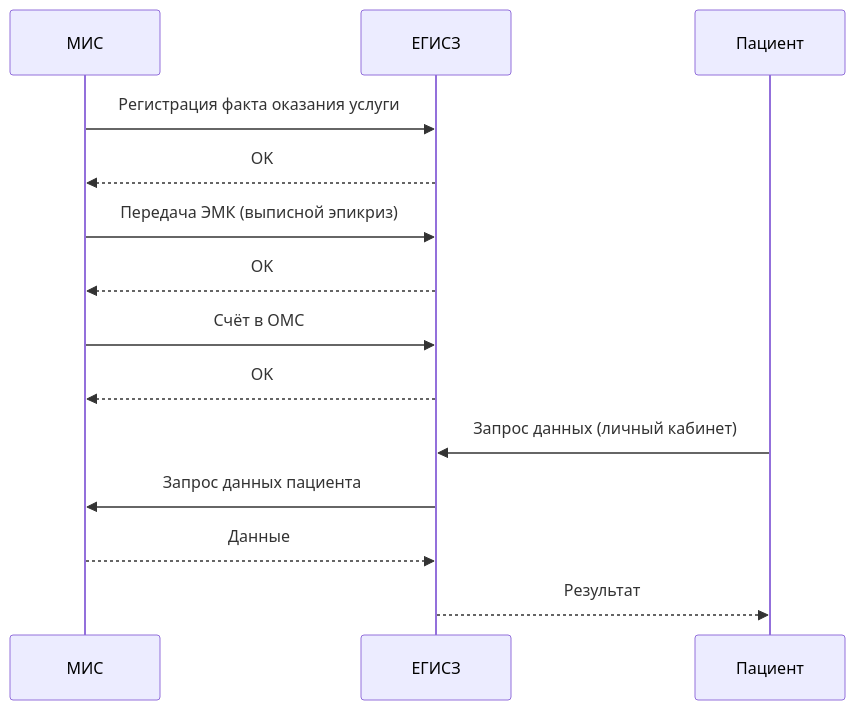
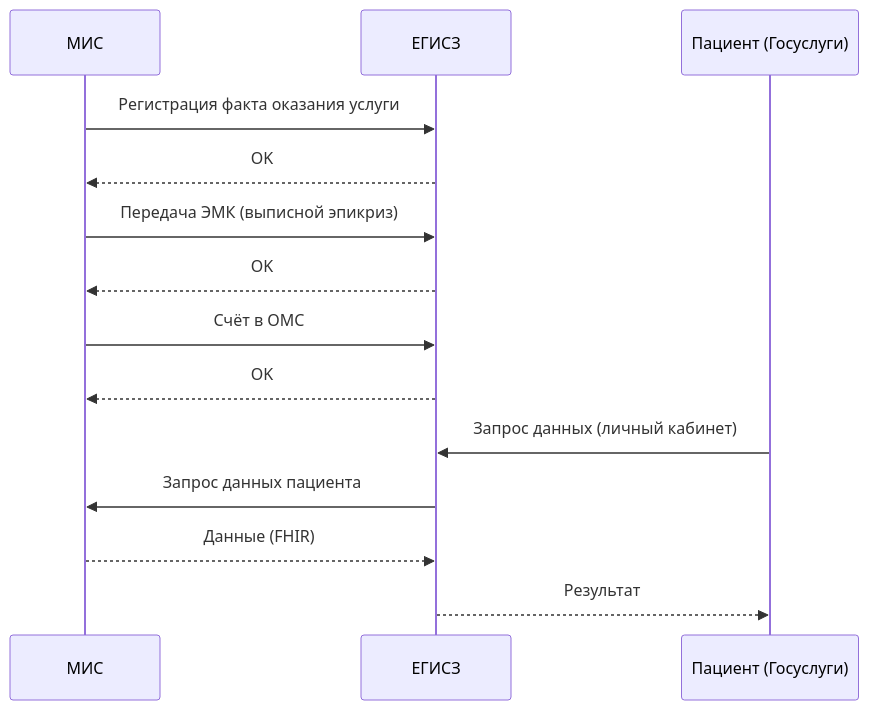
The third of 3 diagrams in docs/specialization/medtech-mis.md (sergeyodnoval-bot/sysanalyst-kb.github.io), drawn with Mermaid before and after one commit. The commit also changed other lines of this file and 13 other files, not shown here.

````diff
--- a/docs/specialization/medtech-mis.md
+++ b/docs/specialization/medtech-mis.md
@@ -50,17 +92,17 @@
 ```mermaid
 sequenceDiagram
     participant M as МИС
     participant EG as ЕГИСЗ
-    participant P as Пациент
+    participant P as Пациент (Госуслуги)
 
     M->>EG: Регистрация факта оказания услуги
     EG-->>M: OK
     M->>EG: Передача ЭМК (выписной эпикриз)
     EG-->>M: OK
     M->>EG: Счёт в ОМС
     EG-->>M: OK
     P->>EG: Запрос данных (личный кабинет)
     EG->>M: Запрос данных пациента
-    M-->>EG: Данные
+    M-->>EG: Данные (FHIR)
     EG-->>P: Результат
 ```
````
